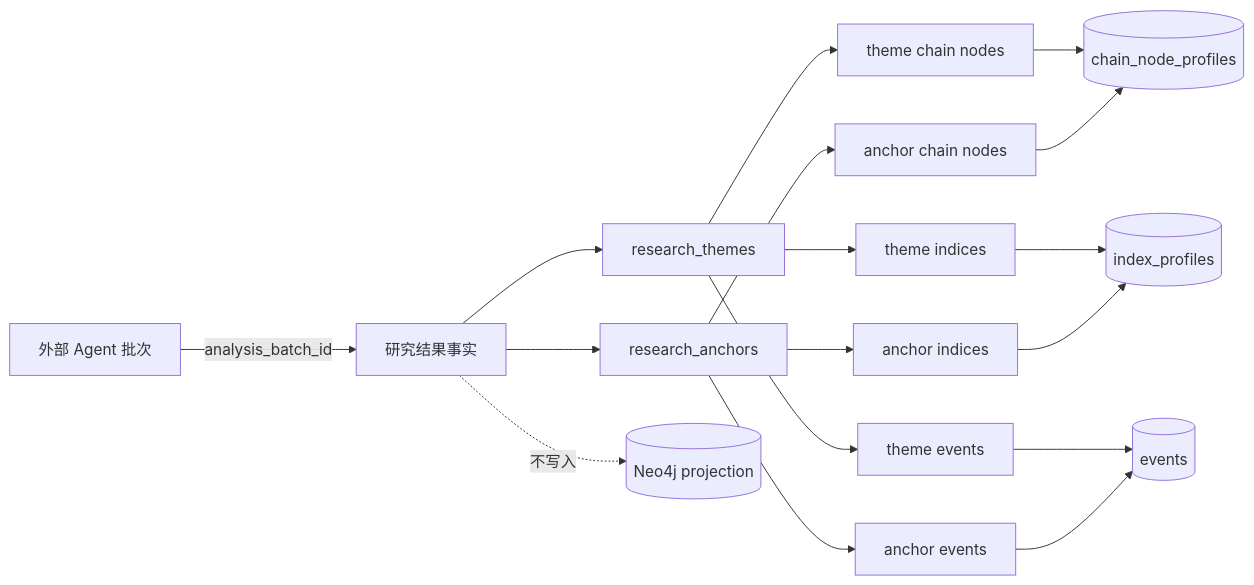
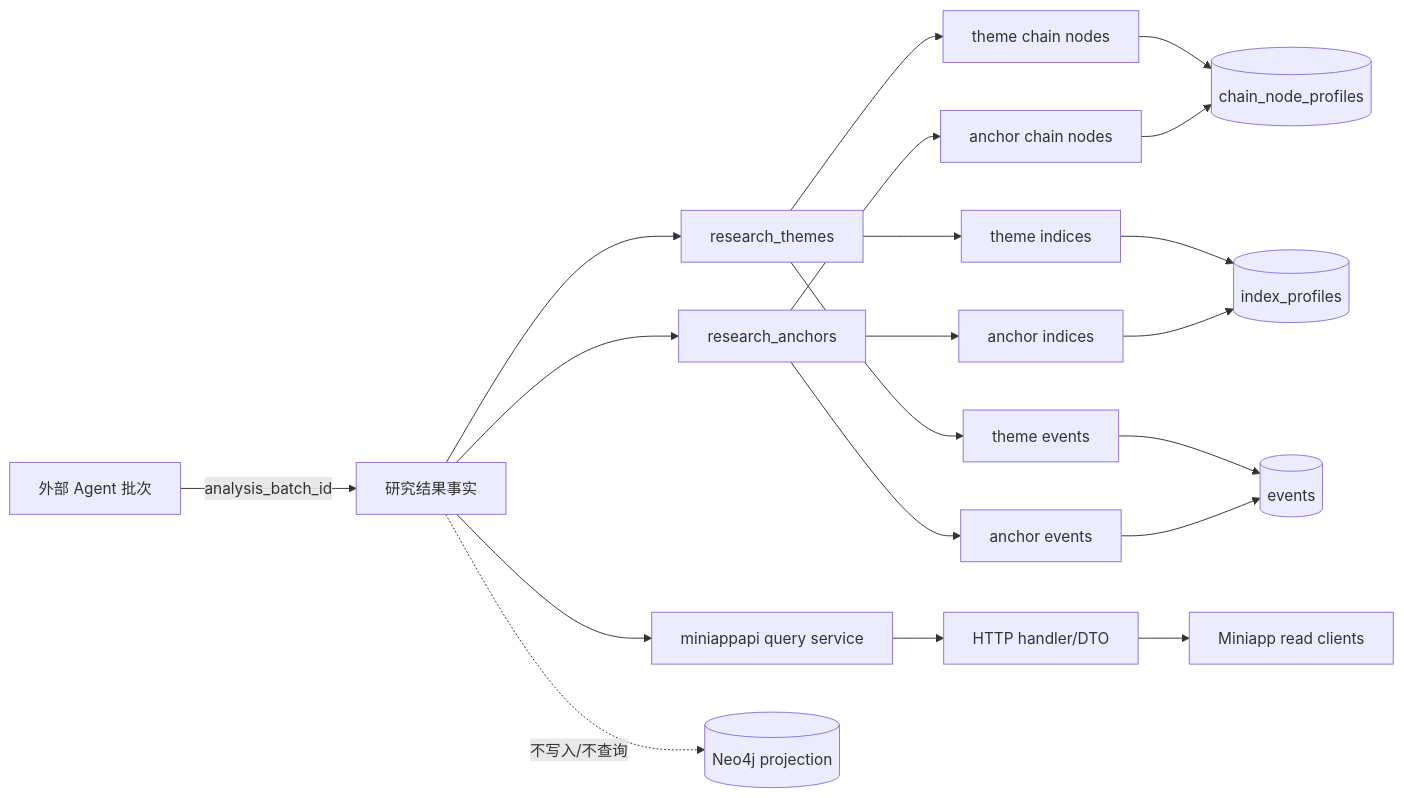
Before and after one commit to meierlink88/tidewise-ai: the diagram in openspec/changes/add-research-theme-anchor-foundation/design.md, drawn with Mermaid. The commit also changed other lines of this file and 3 other files, not shown here.

````diff
--- a/openspec/changes/add-research-theme-anchor-foundation/design.md
+++ b/openspec/changes/add-research-theme-anchor-foundation/design.md
@@ -7,19 +11,22 @@
 ```mermaid
 flowchart LR
     Agent[外部 Agent 批次] -->|analysis_batch_id| Results[研究结果事实]
     Results --> Themes[research_themes]
     Results --> Anchors[research_anchors]
     Themes --> TC[theme chain nodes]
     Themes --> TI[theme indices]
     Themes --> TE[theme events]
     Anchors --> AC[anchor chain nodes]
     Anchors --> AI[anchor indices]
     Anchors --> AE[anchor events]
     TC --> CN[(chain_node_profiles)]
     AC --> CN
     TI --> IX[(index_profiles)]
     AI --> IX
     TE --> EV[(events)]
     AE --> EV
-    Results -.不写入.-> Neo4j[(Neo4j projection)]
+    Results --> Q[miniappapi query service]
+    Q --> H[HTTP handler/DTO]
+    H --> Miniapp[Miniapp read clients]
+    Results -.不写入/不查询.-> Neo4j[(Neo4j projection)]
 ```
````
